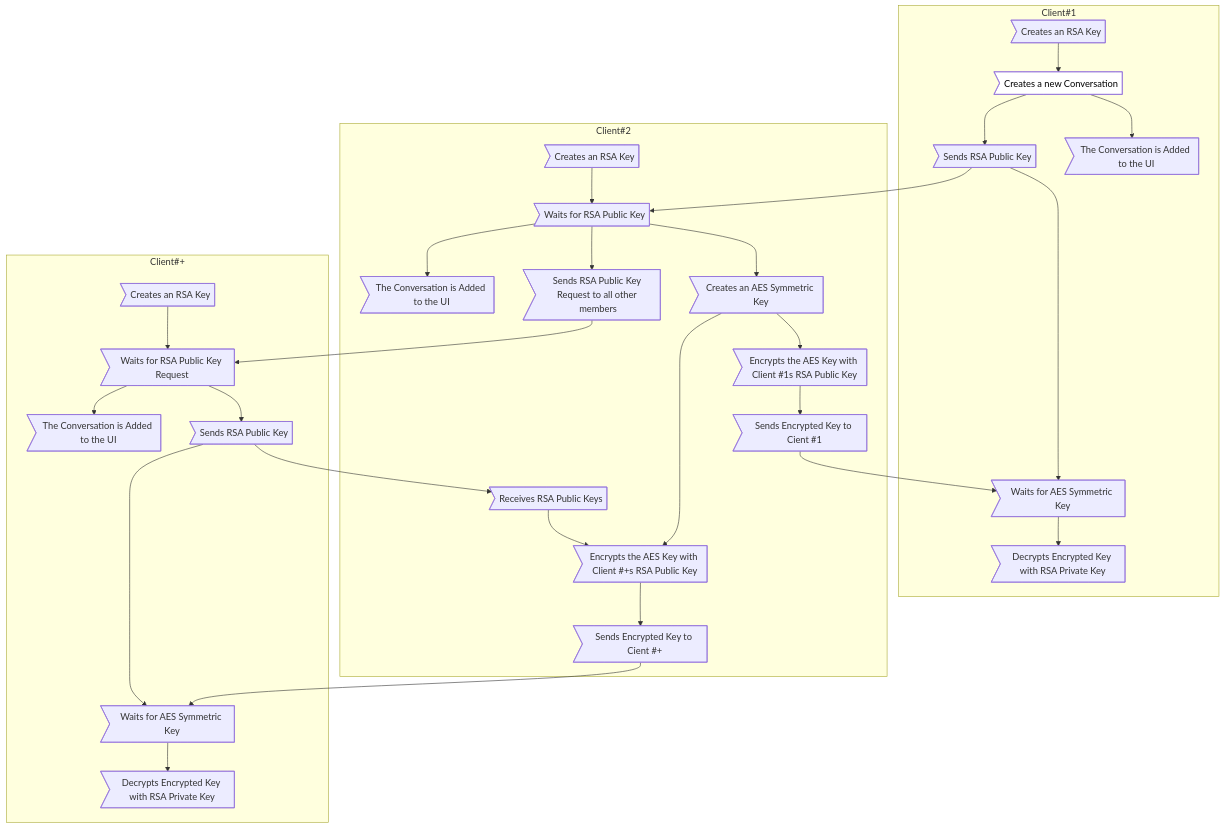
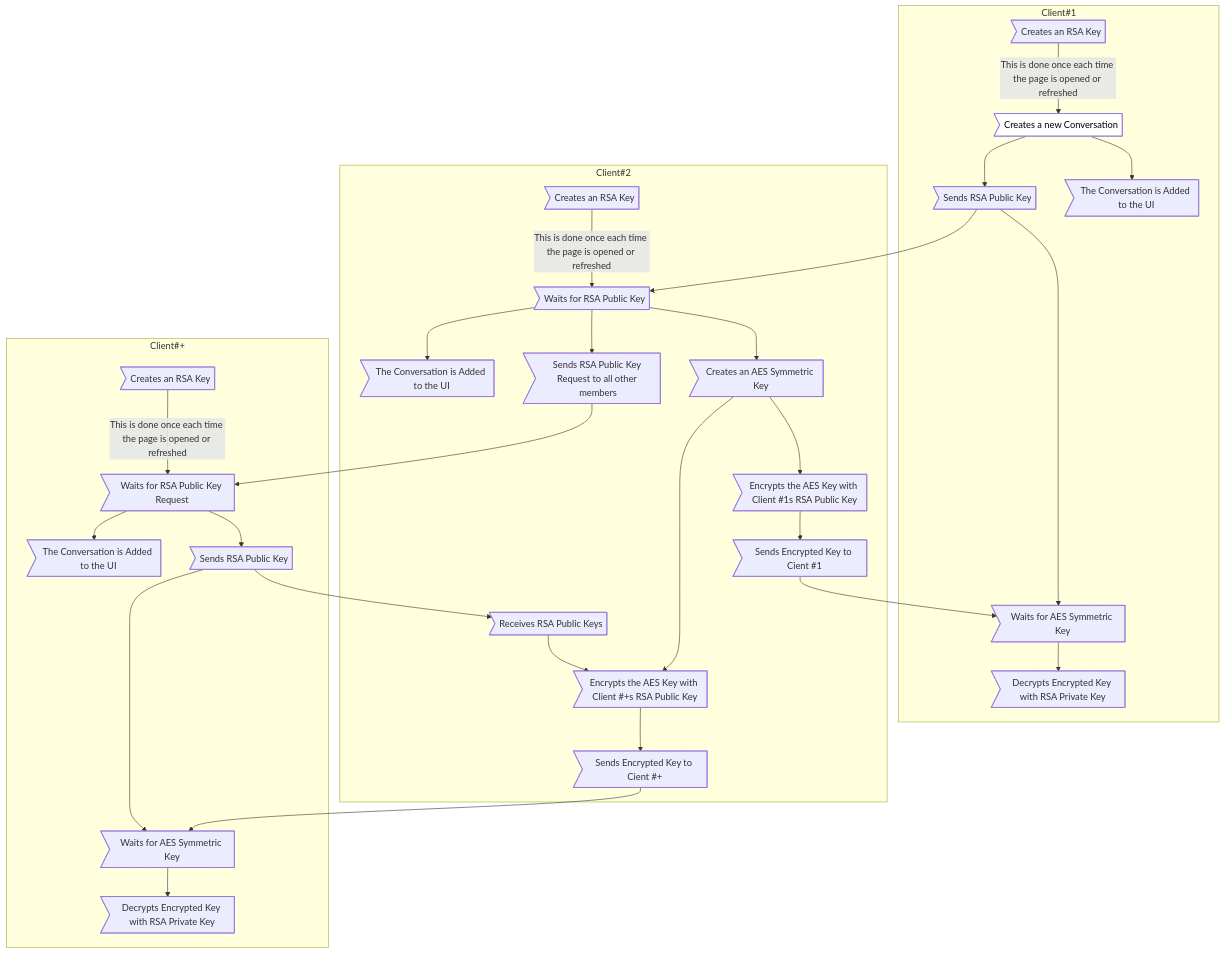
Before and after one commit to xXCrash2BomberXx/TinyChat: the first of 2 diagrams in README.md, drawn with Mermaid.

Commit message:
README Update

````diff
--- a/README.md
+++ b/README.md
@@ -111,43 +111,43 @@
 ```mermaid
 graph TB;
     subgraph "Client#2"
     I;
     end
     subgraph "Client#+"
     M;
     N;
     end
   subgraph "Client#1"
-  A>Creates an RSA Key] --> B>Creates a new Conversation];
+  A>Creates an RSA Key] --> |This is done once each time the page is opened or refreshed| B>Creates a new Conversation];
   B --> C>The Conversation is Added to the UI];
   B --> D>Sends RSA Public Key];
   D --> J>Waits for AES Symmetric Key];
   I --> J;
   J --> K>Decrypts Encrypted Key with RSA Private Key];
   end
   subgraph "Client#2"
-  E>Creates an RSA Key] --> F>Waits for RSA Public Key];
+  E>Creates an RSA Key] --> |This is done once each time the page is opened or refreshed| F>Waits for RSA Public Key];
   D --> F;
   F --> G>Creates an AES Symmetric Key];
   G -->H>Encrypts the AES Key with Client #1s RSA Public Key];
   H -->I>Sends Encrypted Key to Cient #1];
   F --> O>Sends RSA Public Key Request to all other members];
   O --> M;
   N --> P>Receives RSA Public Keys];
   G --> Q;
   P --> Q>Encrypts the AES Key with Client #+s RSA Public Key];
   Q --> R>Sends Encrypted Key to Cient #+];
   F --> U>The Conversation is Added to the UI];
   end
   subgraph "Client#+"
-  L>Creates an RSA Key] --> M>Waits for RSA Public Key Request];
+  L>Creates an RSA Key] --> |This is done once each time the page is opened or refreshed| M>Waits for RSA Public Key Request];
   M --> N>Sends RSA Public Key];
   N --> S> Waits for AES Symmetric Key];
   R --> S;
   S --> T>Decrypts Encrypted Key with RSA Private Key];
   M --> V>The Conversation is Added to the UI];
   end
   
   classDef user fill:#fff,color:#000
   class B user;
 ```
````
